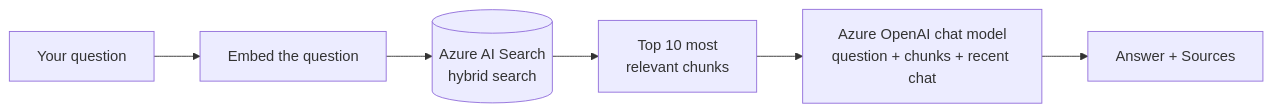
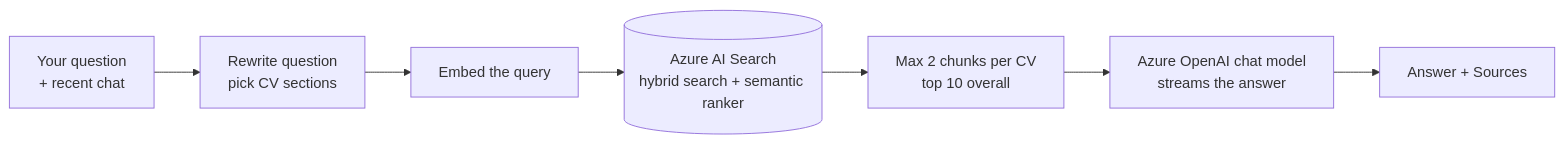
One commit to sherif2004/chat-with-cv changed the second of 3 diagrams in README.md. Above: the diagram before and after it, drawn with Mermaid. The commit also changed other lines of this file, not shown here.

Commit message:
Update README.md: clarify CV processing steps and enhance descriptions for Azure services

````diff
--- a/README.md
+++ b/README.md
@@ -76,8 +80,9 @@
 ```mermaid
 flowchart LR
-    Q["Your question"] --> E["Embed the question"]
-    E --> S[("Azure AI Search<br/>hybrid search")]
-    S --> T["Top 10 most<br/>relevant chunks"]
-    T --> M["Azure OpenAI chat model<br/>question + chunks + recent chat"]
+    Q["Your question<br/>+ recent chat"] --> W["Rewrite question<br/>pick CV sections"]
+    W --> E["Embed the query"]
+    E --> S[("Azure AI Search<br/>hybrid search + semantic ranker")]
+    S --> T["Max 2 chunks per CV<br/>top 10 overall"]
+    T --> M["Azure OpenAI chat model<br/>streams the answer"]
     M --> R["Answer + Sources"]
 ```
````
